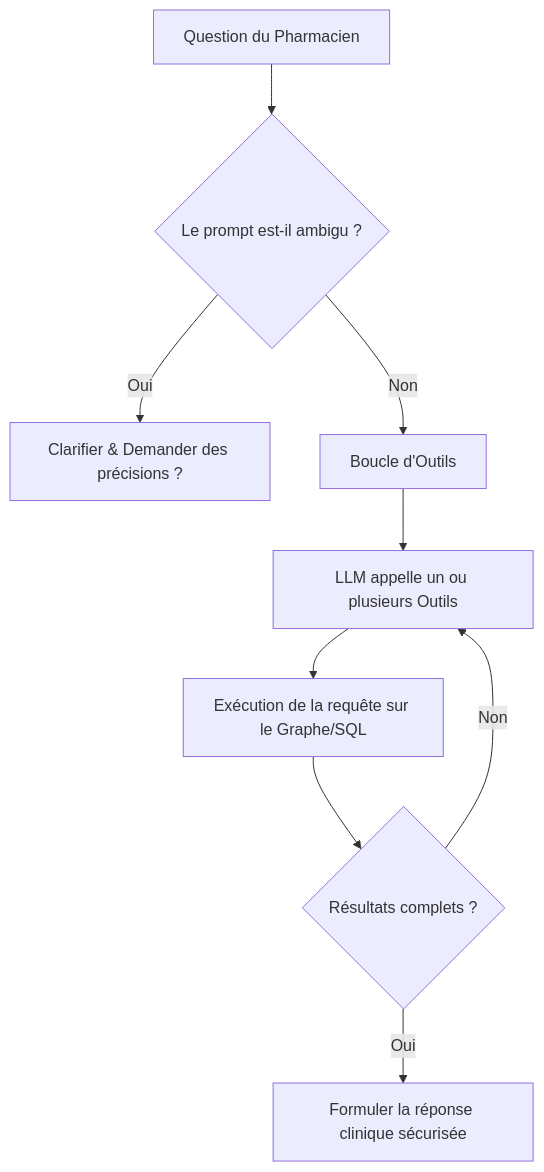
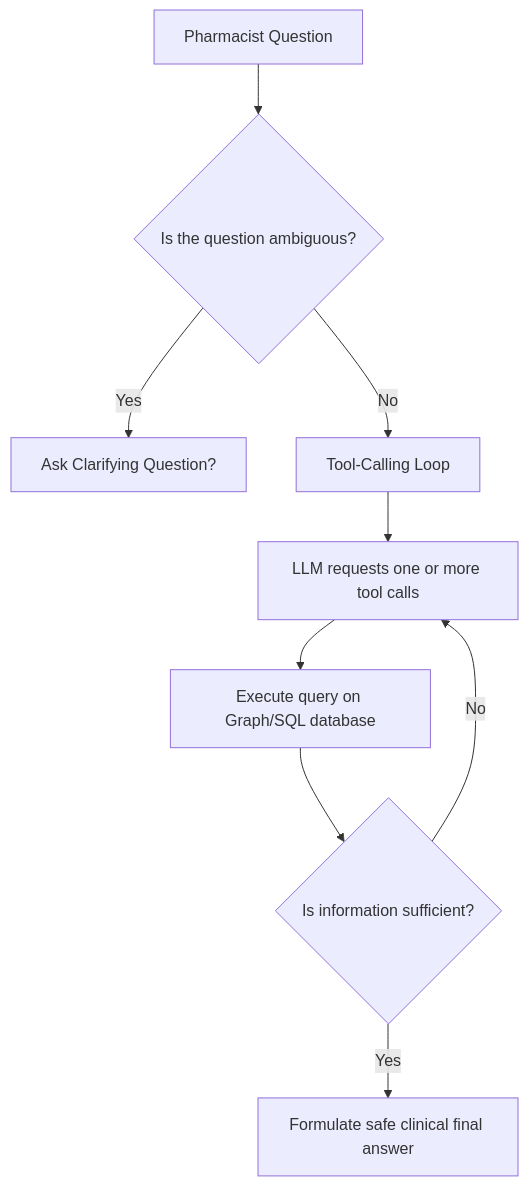
The diagram in medflow_presentation_guide.md (bahabmahrez/medflow), drawn with Mermaid before and after one commit. The commit also changed other lines of this file, not shown here.

Commit message:
Translate presentation guide to English and add section on single-tool execution showcase

````diff
--- a/medflow_presentation_guide.md
+++ b/medflow_presentation_guide.md
@@ -25,11 +25,11 @@
 ```mermaid
 graph TD
-    Question[Question du Pharmacien] --> CheckAmb{Le prompt est-il ambigu ?}
-    CheckAmb -- Oui --> Clarify[Clarifier & Demander des précisions ?]
-    CheckAmb -- Non --> Loop[Boucle d'Outils]
-    Loop --> CallTool[LLM appelle un ou plusieurs Outils]
-    CallTool --> Execute[Exécution de la requête sur le Graphe/SQL]
-    Execute --> Evaluate{Résultats complets ?}
-    Evaluate -- Non --> CallTool
-    Evaluate -- Oui --> FinalAnswer[Formuler la réponse clinique sécurisée]
+    Question[Pharmacist Question] --> CheckAmb{Is the question ambiguous?}
+    CheckAmb -- Yes --> Clarify[Ask Clarifying Question?]
+    CheckAmb -- No --> Loop[Tool-Calling Loop]
+    Loop --> CallTool[LLM requests one or more tool calls]
+    CallTool --> Execute[Execute query on Graph/SQL database]
+    Execute --> Evaluate{Is information sufficient?}
+    Evaluate -- No --> CallTool
+    Evaluate -- Yes --> FinalAnswer[Formulate safe clinical final answer]
 ```
````
